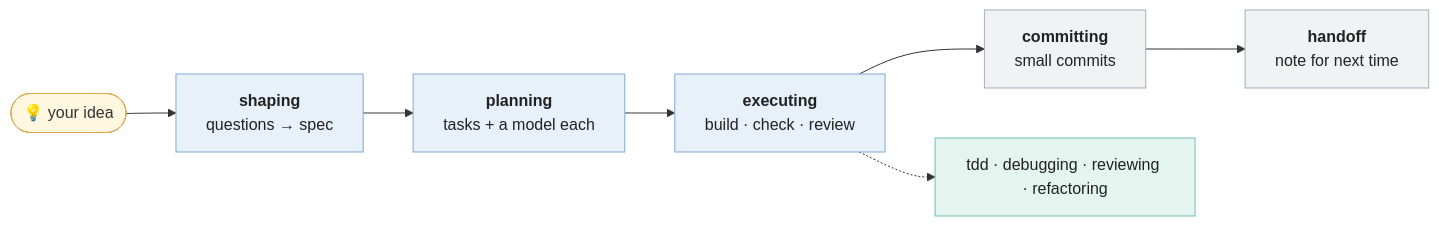
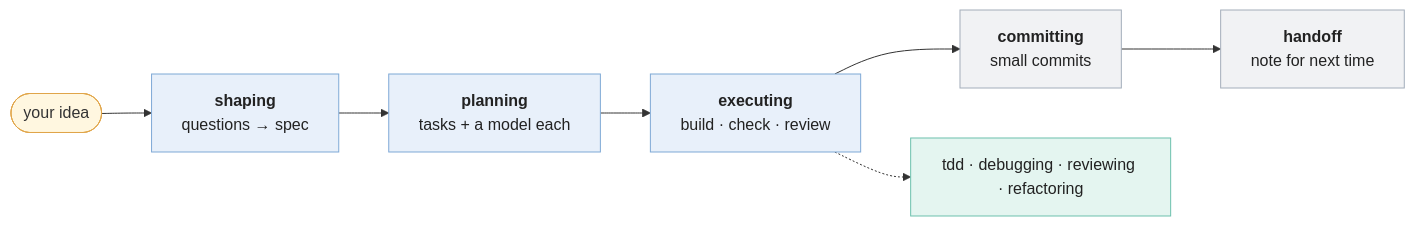
One commit to msFoma/foma-skills changed the diagram in README.md. Above: the diagram before and after it, drawn with Mermaid. The commit also changed other lines of this file and 14 other files, not shown here.

````diff
--- a/README.md
+++ b/README.md
@@ -71,17 +71,17 @@
 ```mermaid
 flowchart LR
-    A(["💡 your idea"]) --> B["<b>shaping</b><br/>questions → spec"]
+    A(["your idea"]) --> B["<b>shaping</b><br/>questions → spec"]
     B --> C["<b>planning</b><br/>tasks + a model each"]
     C --> D["<b>executing</b><br/>build · check · review"]
     D --> E["<b>committing</b><br/>small commits"]
     E --> F["<b>handoff</b><br/>note for next time"]
     D -.-> G["tdd · debugging · reviewing · refactoring"]
     classDef idea fill:#fff7e0,stroke:#e0a54a,color:#333
     classDef proc fill:#e8f0fa,stroke:#7fa9d6,color:#222
     classDef meth fill:#e4f5f0,stroke:#6cc0ad,color:#222
     classDef end1 fill:#f1f2f4,stroke:#a3adba,color:#222
     class A idea
     class B,C,D proc
     class G meth
     class E,F end1
 ```
````
